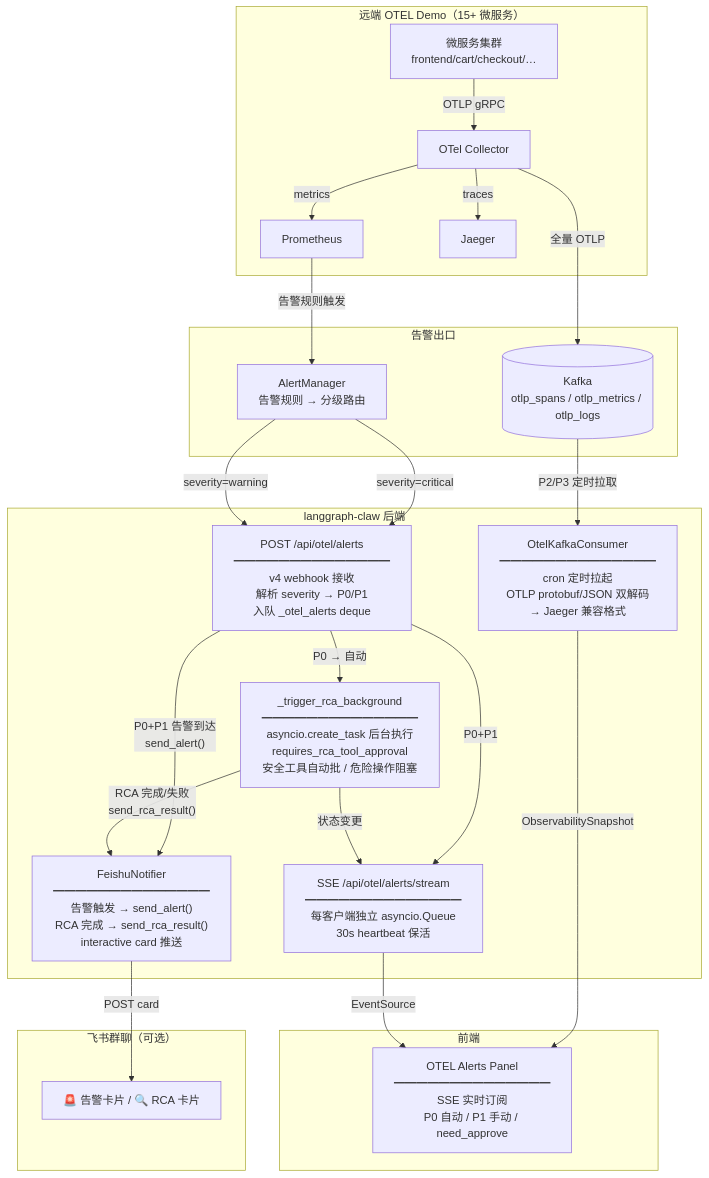
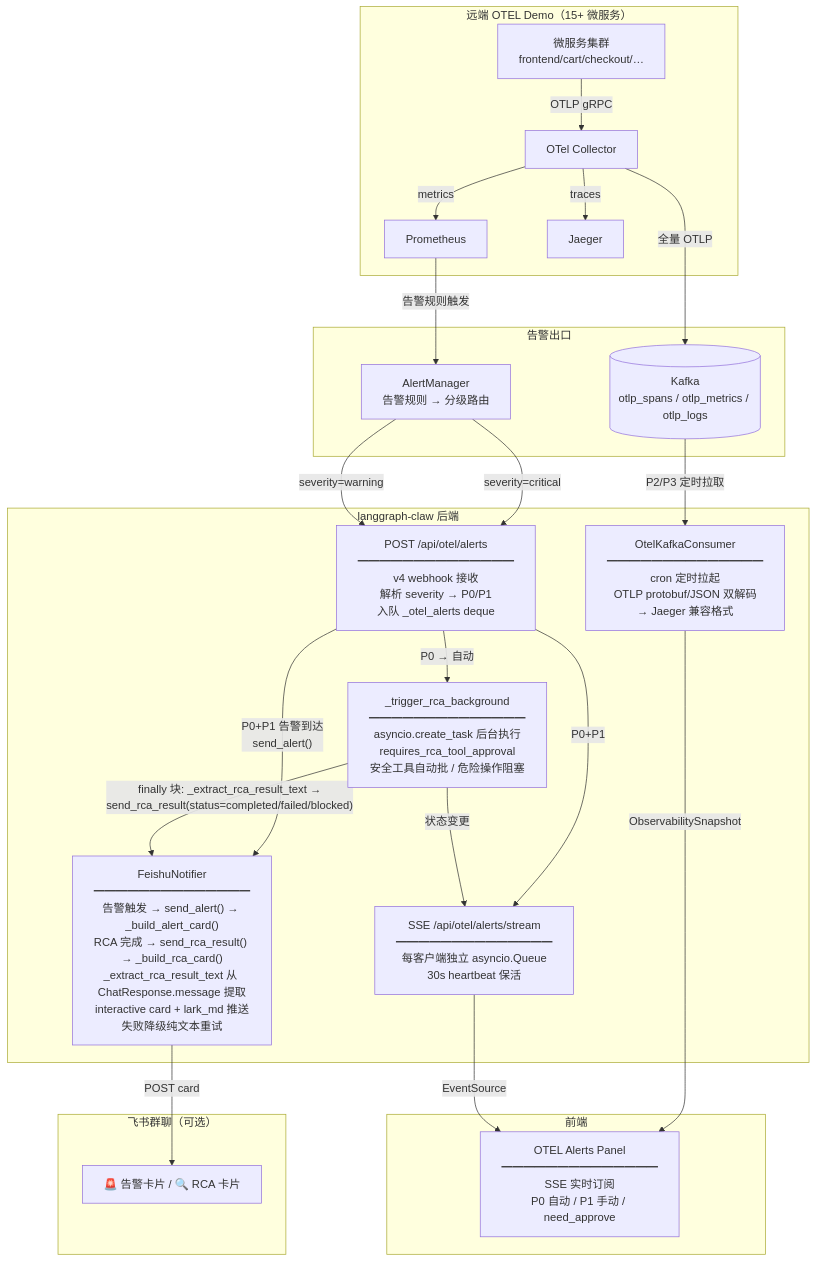
Before and after one commit to YachuanWzh/huamulan-agent: the second of 5 diagrams in README.md, drawn with Mermaid. The commit also changed other lines of this file and 6 other files, not shown here.

First line of the commit message:
feat(feishu_notifier): 优化飞书RCA推送卡片内容与文本提取逻辑

````diff
--- a/README.md
+++ b/README.md
@@ -239,50 +239,50 @@
 ```mermaid
 flowchart TB
     subgraph 远端["远端 OTEL Demo（15+ 微服务）"]
         SVC[微服务集群<br/>frontend/cart/checkout/…]
         OTELCOL[OTel Collector]
         PROM[Prometheus]
         JAEGER[Jaeger]
     end
 
     subgraph 告警["告警出口"]
         AM[AlertManager<br/>告警规则 → 分级路由]
         KAFKA[(Kafka<br/>otlp_spans / otlp_metrics / otlp_logs)]
     end
 
     subgraph 后端["langgraph-claw 后端"]
         WEBHOOK["POST /api/otel/alerts<br/>━━━━━━━━━━━━━━<br/>v4 webhook 接收<br/>解析 severity → P0/P1<br/>入队 _otel_alerts deque"]
         SSE["SSE /api/otel/alerts/stream<br/>━━━━━━━━━━━━━━<br/>每客户端独立 asyncio.Queue<br/>30s heartbeat 保活"]
         RCA["_trigger_rca_background<br/>━━━━━━━━━━━━━━<br/>asyncio.create_task 后台执行<br/>requires_rca_tool_approval<br/>安全工具自动批 / 危险操作阻塞"]
         CONSUMER["OtelKafkaConsumer<br/>━━━━━━━━━━━━━━<br/>cron 定时拉起<br/>OTLP protobuf/JSON 双解码<br/>→ Jaeger 兼容格式"]
-        FEISHU["FeishuNotifier<br/>━━━━━━━━━━━━━━<br/>告警触发 → send_alert()<br/>RCA 完成 → send_rca_result()<br/>interactive card 推送"]
+        FEISHU["FeishuNotifier<br/>━━━━━━━━━━━━━━<br/>告警触发 → send_alert() → _build_alert_card()<br/>RCA 完成 → send_rca_result() → _build_rca_card()<br/>_extract_rca_result_text 从 ChatResponse.message 提取<br/>interactive card + lark_md 推送<br/>失败降级纯文本重试"]
     end
 
     subgraph 前端["前端"]
         PANEL["OTEL Alerts Panel<br/>━━━━━━━━━━━━━━<br/>SSE 实时订阅<br/>P0 自动 / P1 手动 / need_approve"]
     end
 
     subgraph 飞书["飞书群聊（可选）"]
         FS_CARD["🚨 告警卡片 / 🔍 RCA 卡片"]
     end
 
     SVC -->|OTLP gRPC| OTELCOL
     OTELCOL -->|traces| JAEGER
     OTELCOL -->|metrics| PROM
     OTELCOL -->|全量 OTLP| KAFKA
     PROM -->|告警规则触发| AM
 
     AM -->|"severity=critical"| WEBHOOK
     AM -->|"severity=warning"| WEBHOOK
     WEBHOOK -->|"P0 → 自动"| RCA
     WEBHOOK -->|"P0+P1"| SSE
     WEBHOOK -->|"P0+P1 告警到达<br/>send_alert()"| FEISHU
 
     KAFKA -->|"P2/P3 定时拉取"| CONSUMER
     CONSUMER -->|ObservabilitySnapshot| PANEL
 
     RCA -->|"状态变更"| SSE
-    RCA -->|"RCA 完成/失败<br/>send_rca_result()"| FEISHU
+    RCA -->|"finally 块: _extract_rca_result_text →<br/>send_rca_result(status=completed/failed/blocked)"| FEISHU
     FEISHU -->|"POST card"| FS_CARD
     SSE -->|"EventSource"| PANEL
 ```
````
